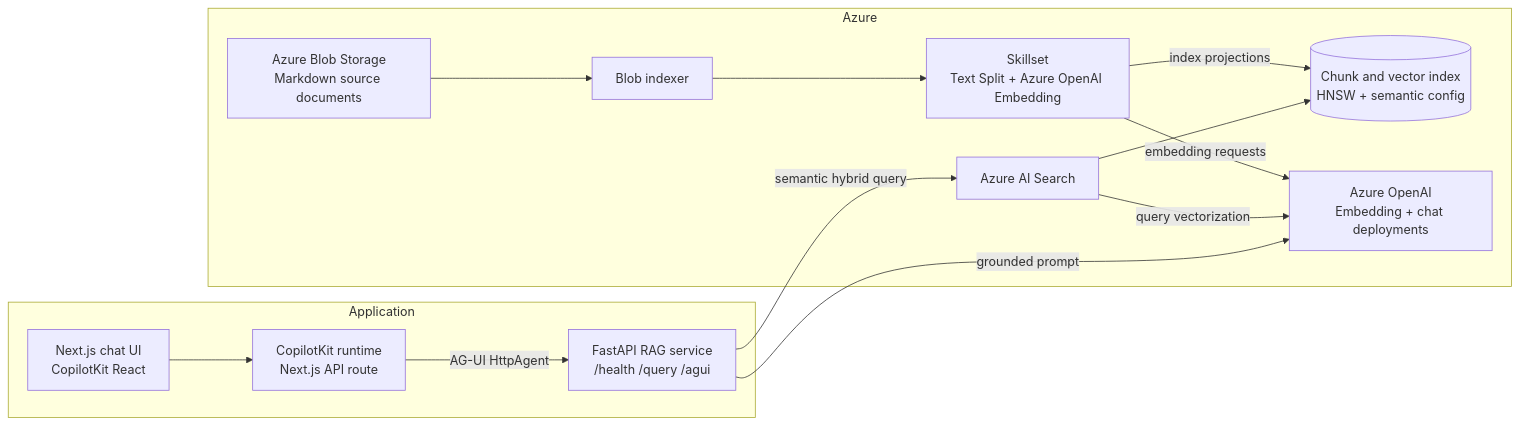
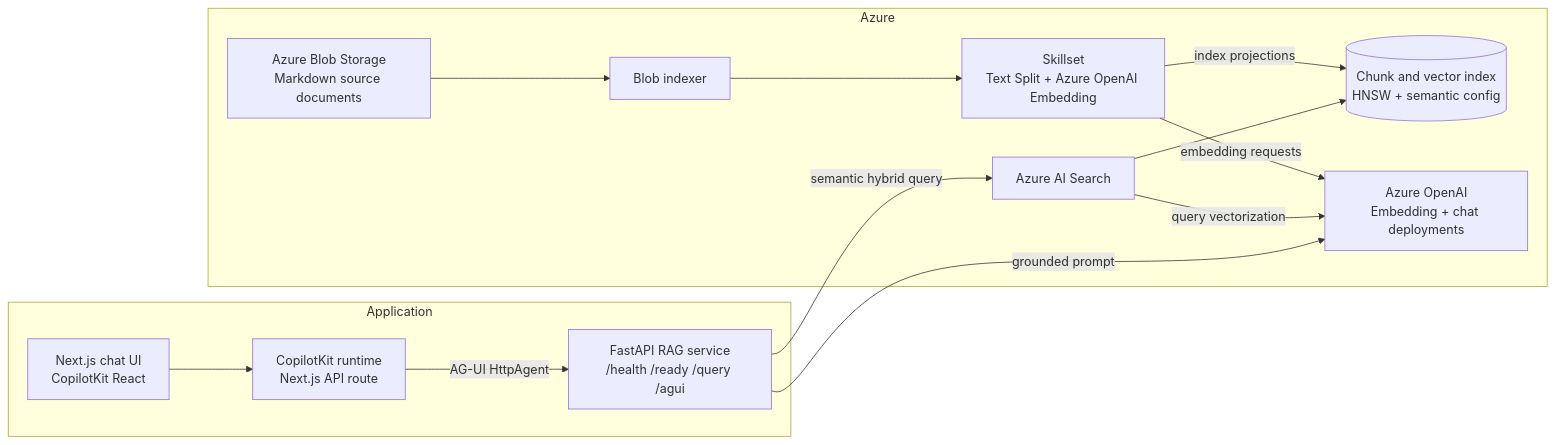
Before and after one commit to KostasCherv/azure-rag-system: the first of 3 diagrams in README.md, drawn with Mermaid. The commit also changed other lines of this file and 4 other files, not shown here.

````diff
--- a/README.md
+++ b/README.md
@@ -9,28 +9,28 @@
 ```mermaid
 flowchart LR
     subgraph Azure[Azure]
         Blob[Azure Blob Storage<br/>Markdown source documents]
         Search[Azure AI Search]
         Indexer[Blob indexer]
         Skills[Skillset<br/>Text Split + Azure OpenAI Embedding]
         Index[(Chunk and vector index<br/>HNSW + semantic config)]
         AOAI[Azure OpenAI<br/>Embedding + chat deployments]
     end
 
     subgraph App[Application]
-        API[FastAPI RAG service<br/>/health /query /agui]
+        API[FastAPI RAG service<br/>/health /ready /query /agui]
         Runtime[CopilotKit runtime<br/>Next.js API route]
         UI[Next.js chat UI<br/>CopilotKit React]
     end
 
     Blob --> Indexer
     Indexer --> Skills
     Skills -->|embedding requests| AOAI
     Skills -->|index projections| Index
     API -->|semantic hybrid query| Search
     Search --> Index
     Search -->|query vectorization| AOAI
     API -->|grounded prompt| AOAI
     UI --> Runtime
     Runtime -->|AG-UI HttpAgent| API
 ```
````
